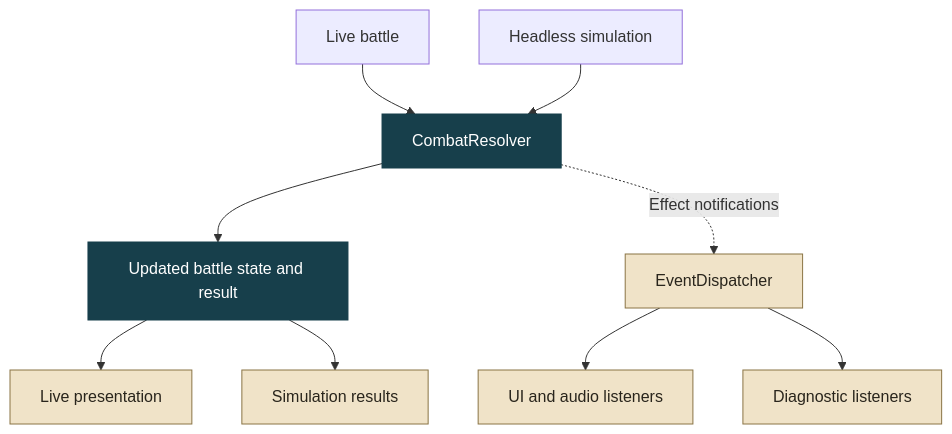
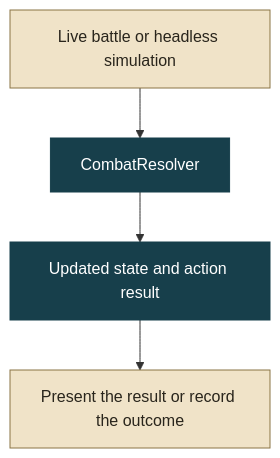
The first of 2 diagrams in ARCHITECTURE.md (LacrimaeAware/gojomons-portfolio), drawn with Mermaid before and after one commit. The commit also changed other lines of this file, not shown here.

Commit message:
Keep architecture diagrams readable on narrow screens

````diff
--- a/ARCHITECTURE.md
+++ b/ARCHITECTURE.md
@@ -9,15 +11,10 @@
 ```mermaid
 flowchart TB
-  L[Live battle] --> R[CombatResolver]
-  S[Headless simulation] --> R
-  R --> B[Updated battle state and result]
-  B --> V[Live presentation]
-  B --> T[Simulation results]
-  R -. Effect notifications .-> E[EventDispatcher]
-  E --> U[UI and audio listeners]
-  E --> D[Diagnostic listeners]
+  A[Live battle or headless simulation] --> R[CombatResolver]
+  R --> B[Updated state and action result]
+  B --> C[Present the result or record the outcome]
   classDef rules fill:#173f4b,color:#fff,stroke:#173f4b
-  classDef observers fill:#f0e3c8,color:#29251c,stroke:#8a7445
+  classDef output fill:#f0e3c8,color:#29251c,stroke:#8a7445
   class R,B rules
-  class E,U,D,V,T observers
+  class A,C output
 ```
````
